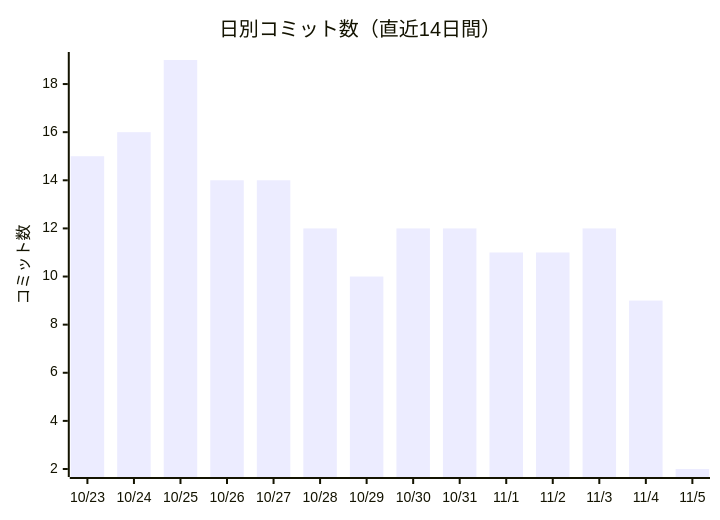
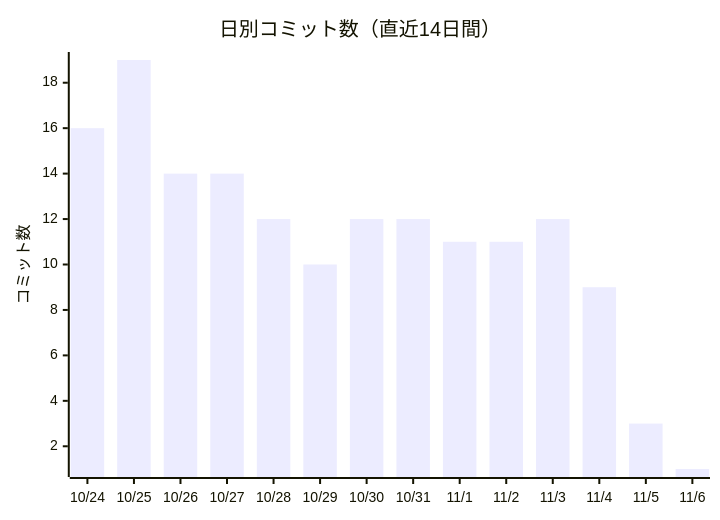
One commit to non-x2/non-x2 changed the first of 2 diagrams in docs/進化レポート.md. Above: the diagram before and after it, drawn with Mermaid. The commit also changed other lines of this file and 5 other files, not shown here.

````diff
--- a/docs/進化レポート.md
+++ b/docs/進化レポート.md
@@ -23,7 +23,7 @@
 ```mermaid
 xychart-beta
     title "日別コミット数（直近14日間）"
-    x-axis ["10/23", "10/24", "10/25", "10/26", "10/27", "10/28", "10/29", "10/30", "10/31", "11/1", "11/2", "11/3", "11/4", "11/5"]
+    x-axis ["10/24", "10/25", "10/26", "10/27", "10/28", "10/29", "10/30", "10/31", "11/1", "11/2", "11/3", "11/4", "11/5", "11/6"]
     y-axis "コミット数"
-    bar [15, 16, 19, 14, 14, 12, 10, 12, 12, 11, 11, 12, 9, 2]
+    bar [16, 19, 14, 14, 12, 10, 12, 12, 11, 11, 12, 9, 3, 1]
 ```
````
